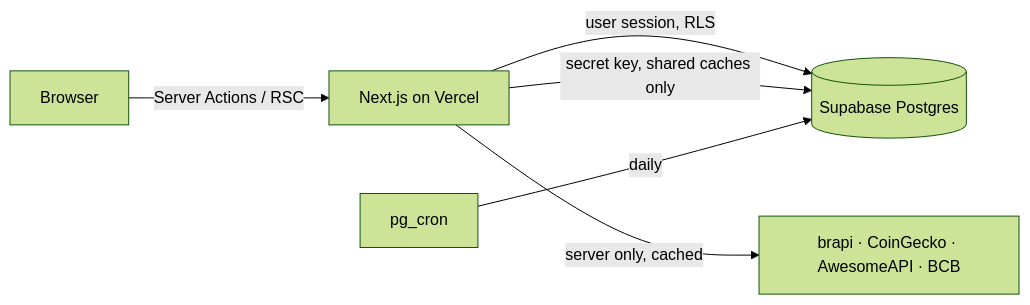
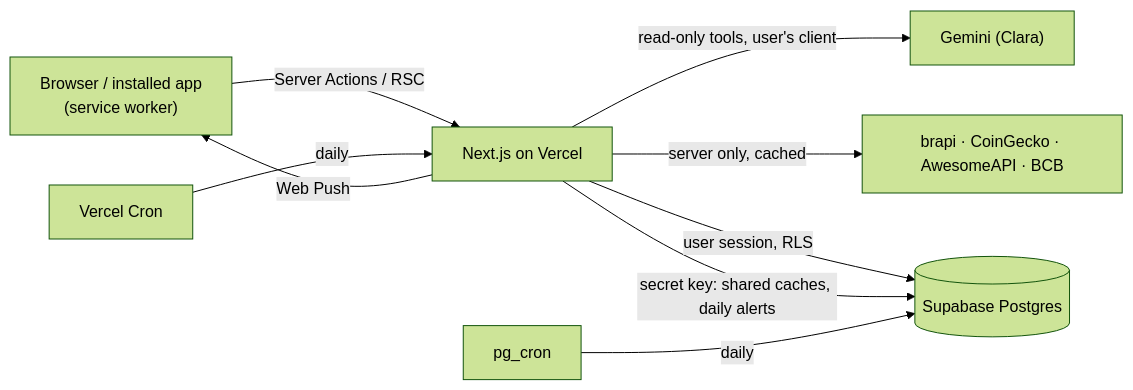
The diagram in README.md (mateusnchaves/Finora), drawn with Mermaid (forest theme) before and after one commit. The commit also changed other lines of this file and 6 other files, not shown here.

````diff
--- a/README.md
+++ b/README.md
@@ -90,8 +100,11 @@
 ```mermaid
 flowchart LR
-  Browser -->|Server Actions / RSC| Next["Next.js on Vercel"]
+  Browser["Browser / installed app<br/>(service worker)"] -->|Server Actions / RSC| Next["Next.js on Vercel"]
   Next -->|user session, RLS| Supabase[(Supabase Postgres)]
   Next -->|server only, cached| Quotes["brapi · CoinGecko · AwesomeAPI · BCB"]
-  Next -->|secret key, shared caches only| Supabase
+  Next -->|read-only tools, user's client| Gemini["Gemini (Clara)"]
+  Next -->|secret key: shared caches, daily alerts| Supabase
+  VCron["Vercel Cron"] -->|daily| Next
+  Next -->|Web Push| Browser
   Cron["pg_cron"] -->|daily| Supabase
 ```
````
